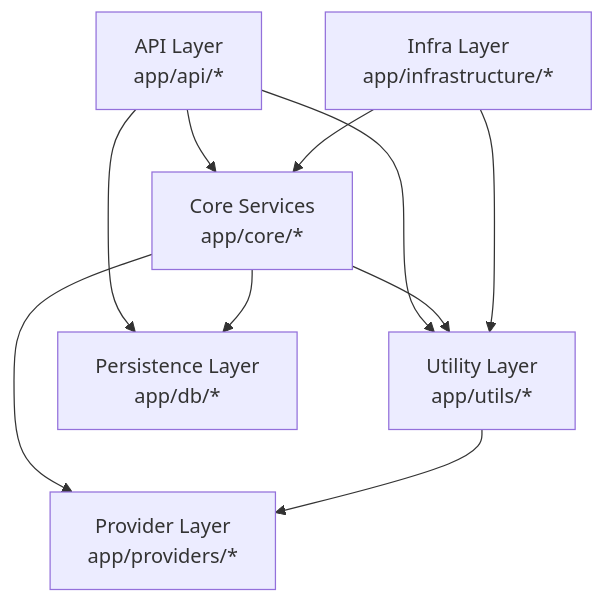
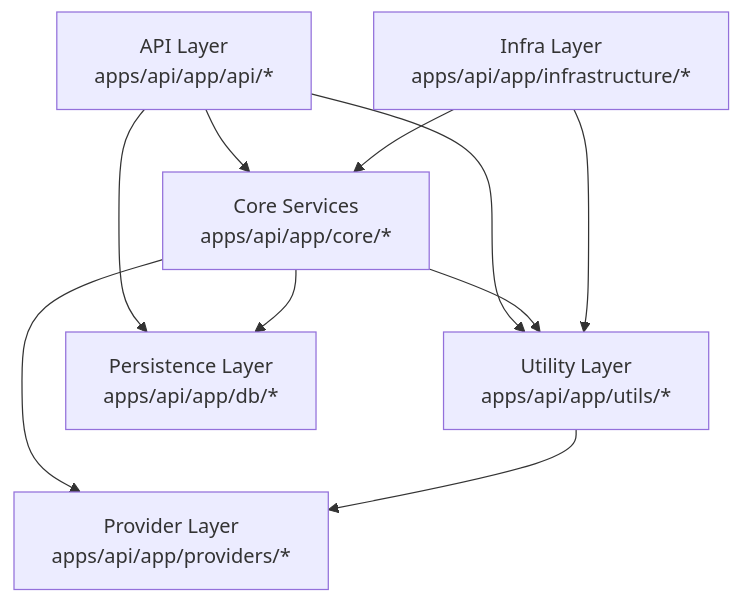
The second of 12 diagrams in docs/src/developer/architecture.md (Zzackllack/AniBridge), drawn with Mermaid before and after one commit. The commit also changed other lines of this file and 46 other files, not shown here.

````diff
--- a/docs/src/developer/architecture.md
+++ b/docs/src/developer/architecture.md
@@ -77,19 +77,19 @@
 ```mermaid
 flowchart TB
-  API["API Layer<br/>app/api/*"]
-  CORE["Core Services<br/>app/core/*"]
-  UTIL["Utility Layer<br/>app/utils/*"]
-  PROV["Provider Layer<br/>app/providers/*"]
-  DB["Persistence Layer<br/>app/db/*"]
-  INFRA["Infra Layer<br/>app/infrastructure/*"]
+  API["API Layer<br/>apps/api/app/api/*"]
+  CORE["Core Services<br/>apps/api/app/core/*"]
+  UTIL["Utility Layer<br/>apps/api/app/utils/*"]
+  PROV["Provider Layer<br/>apps/api/app/providers/*"]
+  DB["Persistence Layer<br/>apps/api/app/db/*"]
+  INFRA["Infra Layer<br/>apps/api/app/infrastructure/*"]
 
   API --> CORE
   API --> UTIL
   API --> DB
   CORE --> UTIL
   CORE --> PROV
   CORE --> DB
   UTIL --> PROV
   INFRA --> CORE
   INFRA --> UTIL
 ```
````
